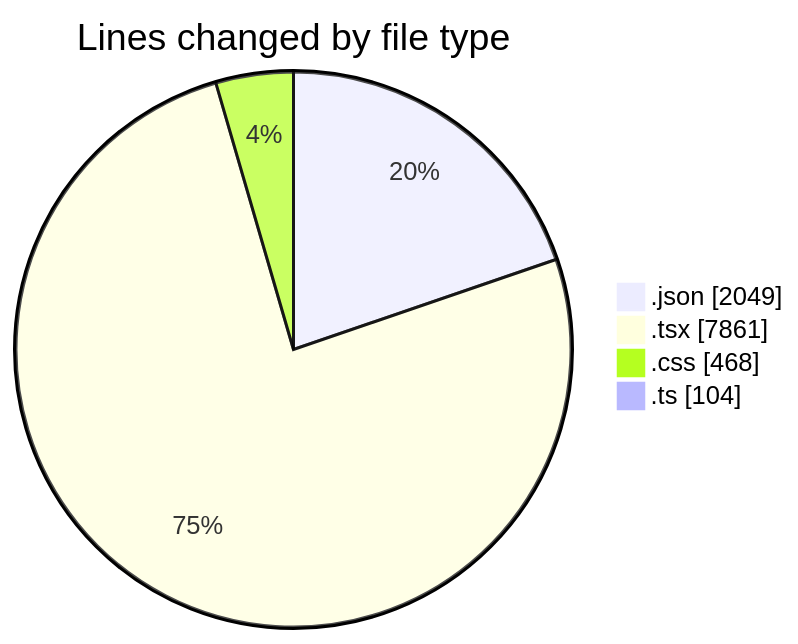
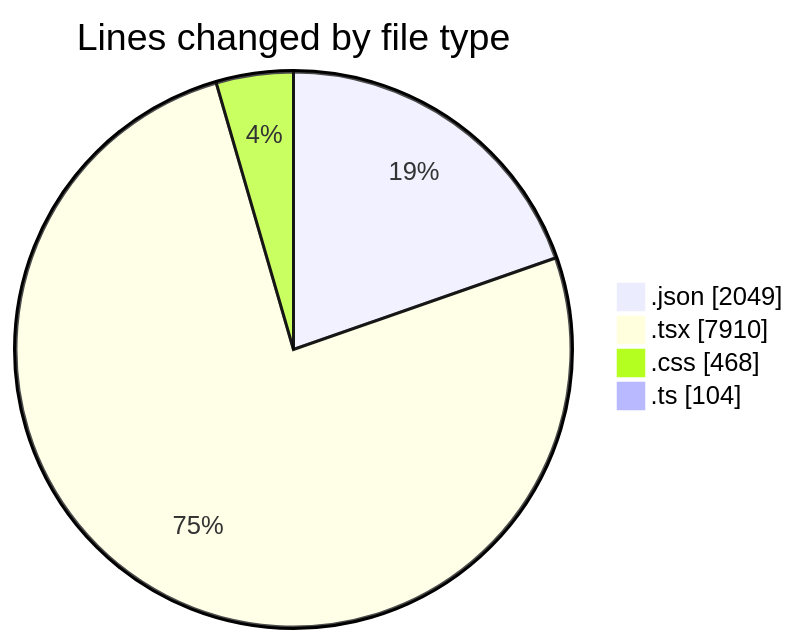
The first of 2 diagrams in 2025-08-14/ribbon/README.md (EIIisD/code-tracking), drawn with Mermaid before and after one commit. The commit also changed other lines of this file and 1 other file, not shown here.

````diff
--- a/2025-08-14/ribbon/README.md
+++ b/2025-08-14/ribbon/README.md
@@ -33,8 +33,8 @@
 ```mermaid
 pie showData
 title Lines changed by file type
 ".json" : 2049
-".tsx" : 7861
+".tsx" : 7910
 ".css" : 468
 ".ts" : 104
 ```
````
